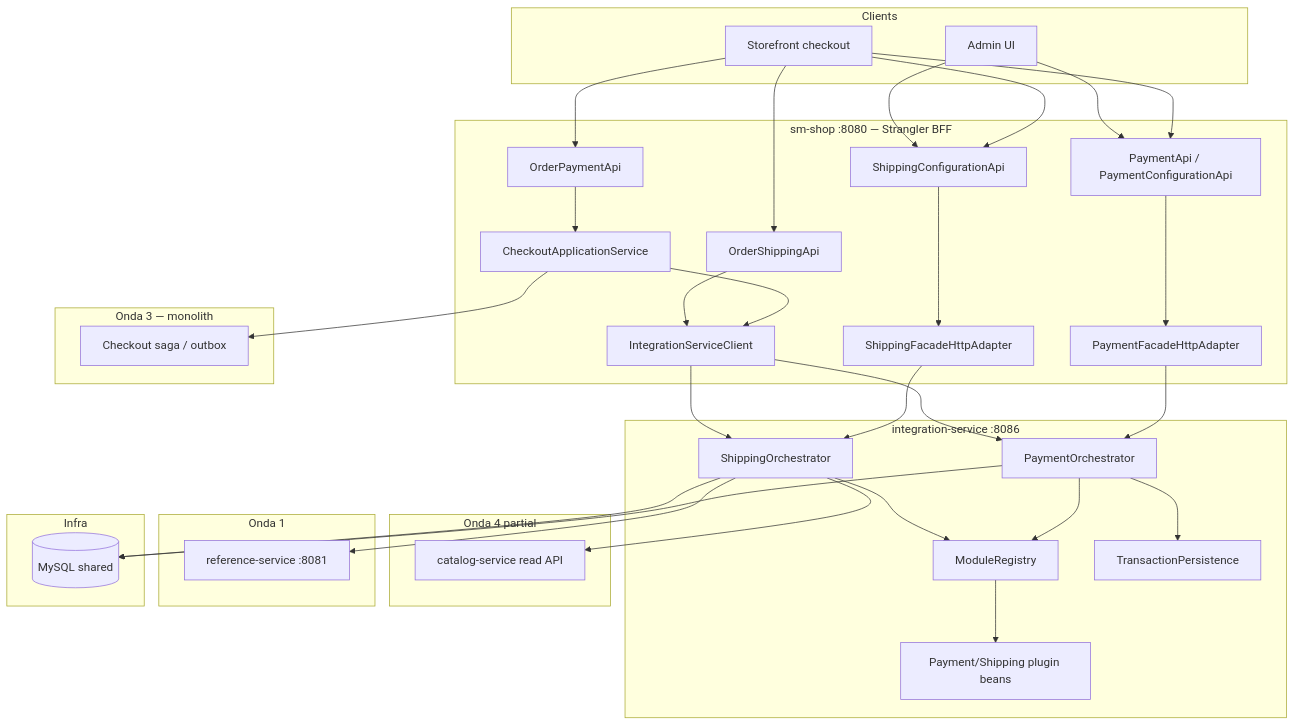
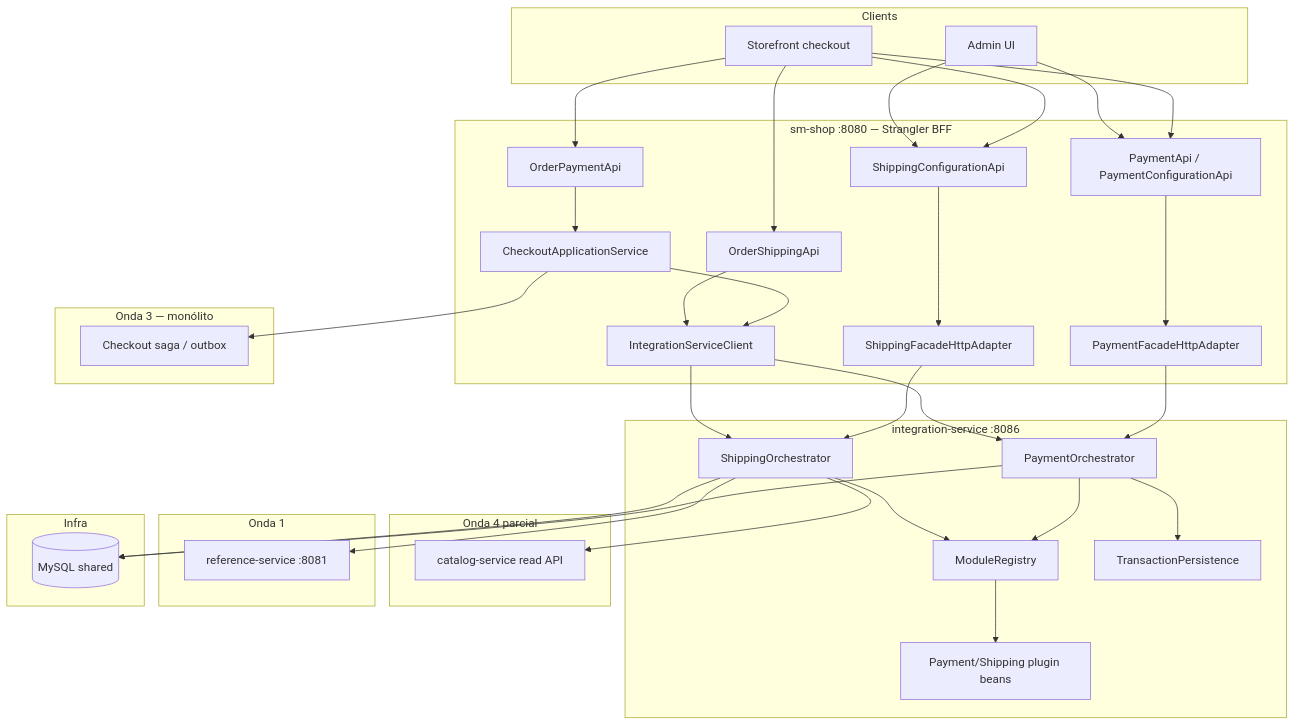
Before and after one commit to vicentepf78/shopizer-refactoring: the first of 2 diagrams in .specs/features/onda-5-integration-service/design.md, drawn with Mermaid. The commit also changed other lines of this file and 154 other files, not shown here.

````diff
--- a/.specs/features/onda-5-integration-service/design.md
+++ b/.specs/features/onda-5-integration-service/design.md
@@ -14,59 +14,59 @@
 ```mermaid
 flowchart TB
     subgraph clients [Clients]
         ADMIN[Admin UI]
         STOREFRONT[Storefront checkout]
     end
 
     subgraph monolith [sm-shop :8080 — Strangler BFF]
         PAY_API[PaymentApi / PaymentConfigurationApi]
         SHP_CFG[ShippingConfigurationApi]
         ORD_PAY[OrderPaymentApi]
         ORD_SHP[OrderShippingApi]
         CHECKOUT[CheckoutApplicationService]
         ADAPT_PAY[PaymentFacadeHttpAdapter]
         ADAPT_SHP[ShippingFacadeHttpAdapter]
         INT_CLIENT[IntegrationServiceClient]
     end
 
     subgraph wave5 [integration-service :8086]
         PAY_ORCH[PaymentOrchestrator]
         SHP_ORCH[ShippingOrchestrator]
         REGISTRY[ModuleRegistry]
         PLUGINS[Payment/Shipping plugin beans]
         TXN[TransactionPersistence]
     end
 
-    subgraph wave3 [Onda 3 — monolith]
+    subgraph wave3 [Onda 3 — monólito]
         SAGA[Checkout saga / outbox]
     end
 
-    subgraph wave4 [Onda 4 partial]
+    subgraph wave4 [Onda 4 parcial]
         CAT[catalog-service read API]
     end
 
     subgraph wave1 [Onda 1]
         REF[reference-service :8081]
     end
 
     subgraph infra [Infra]
         DB[(MySQL shared)]
     end
 
     STOREFRONT --> ORD_PAY & ORD_SHP & PAY_API & SHP_CFG
     ADMIN --> PAY_API & SHP_CFG
 
     PAY_API --> ADAPT_PAY --> PAY_ORCH
     SHP_CFG --> ADAPT_SHP --> SHP_ORCH
     ORD_PAY --> CHECKOUT --> INT_CLIENT --> PAY_ORCH
     ORD_SHP --> INT_CLIENT --> SHP_ORCH
     CHECKOUT --> SAGA
 
     PAY_ORCH --> REGISTRY --> PLUGINS
     SHP_ORCH --> REGISTRY
     SHP_ORCH --> CAT
     SHP_ORCH --> REF
     PAY_ORCH --> TXN
     PAY_ORCH --> DB
     SHP_ORCH --> DB
 ```
````
